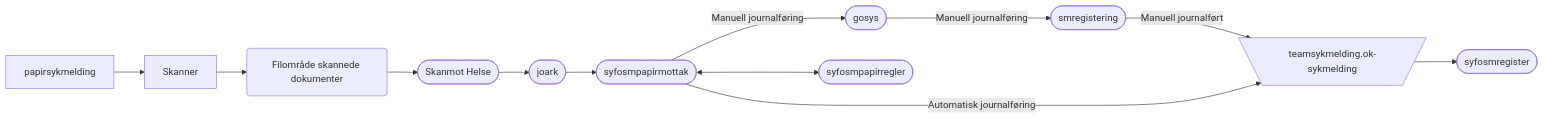
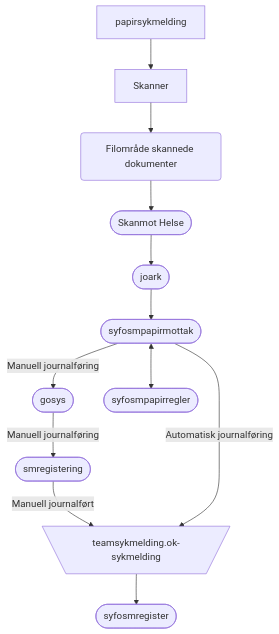
The diagram in README.md (navikt/syfosmpapirmottak), drawn with Mermaid before and after one commit. The commit also changed 7 other files, not shown here.

````diff
--- a/README.md
+++ b/README.md
@@ -22,14 +22,14 @@
 ```mermaid
-  graph LR
+  graph TD
     papirsykmelding --> Skanner
     Skanner --> id1(Filområde skannede dokumenter)
     id1(Filområde skannede dokumenter) --> id2([Skanmot Helse])
     id2([Skanmot Helse]) --> id3([joark])
     id3([joark]) --> id4([syfosmpapirmottak])
     id4([syfosmpapirmottak]) -->|Manuell journalføring| id15([gosys])
     id15([gosys]) -->|Manuell journalføring| id5([smregistering])
     id5([smregistering]) -->|Manuell journalført| C[\teamsykmelding.ok-sykmelding/]
     id4([syfosmpapirmottak]) <--> id6([syfosmpapirregler])
     id4([syfosmpapirmottak]) -->|Automatisk journalføring| C[\teamsykmelding.ok-sykmelding/]
     C[\teamsykmelding.ok-sykmelding/] --> id7([syfosmregister]) 
 ```
````
